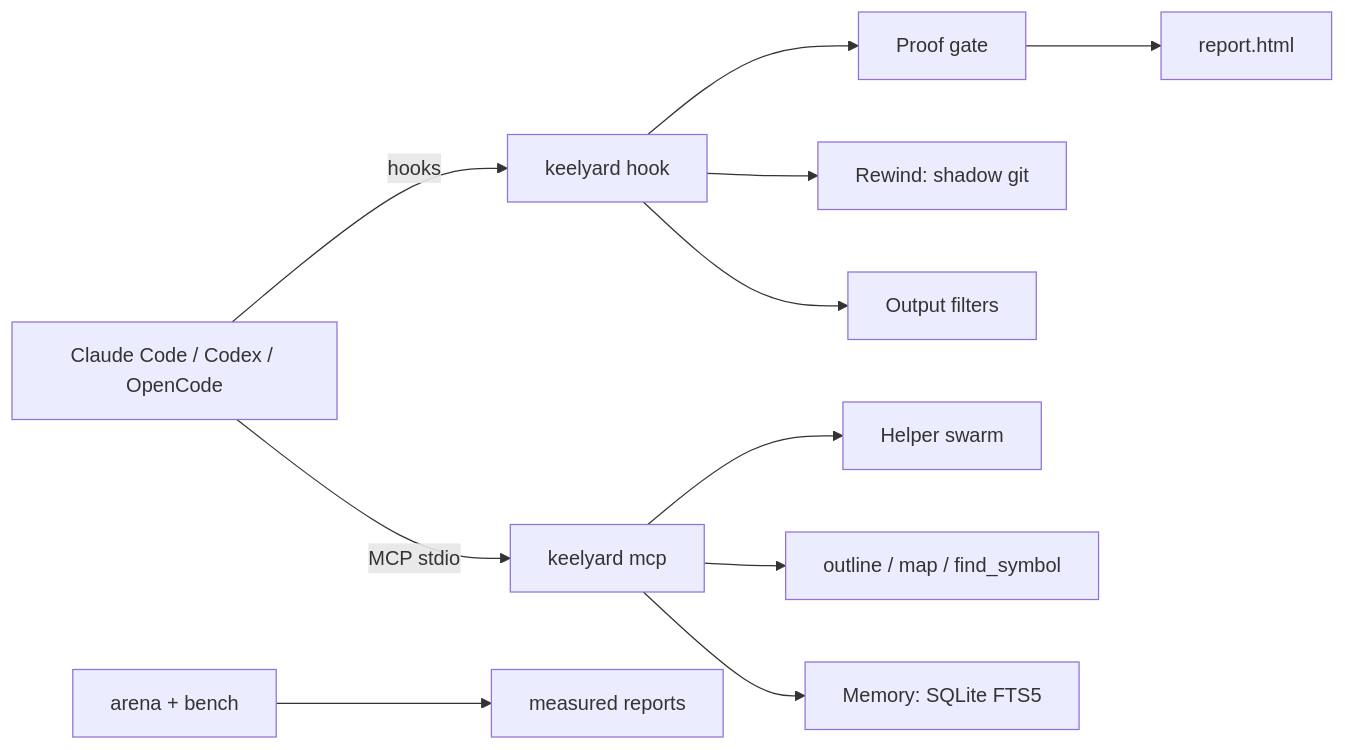
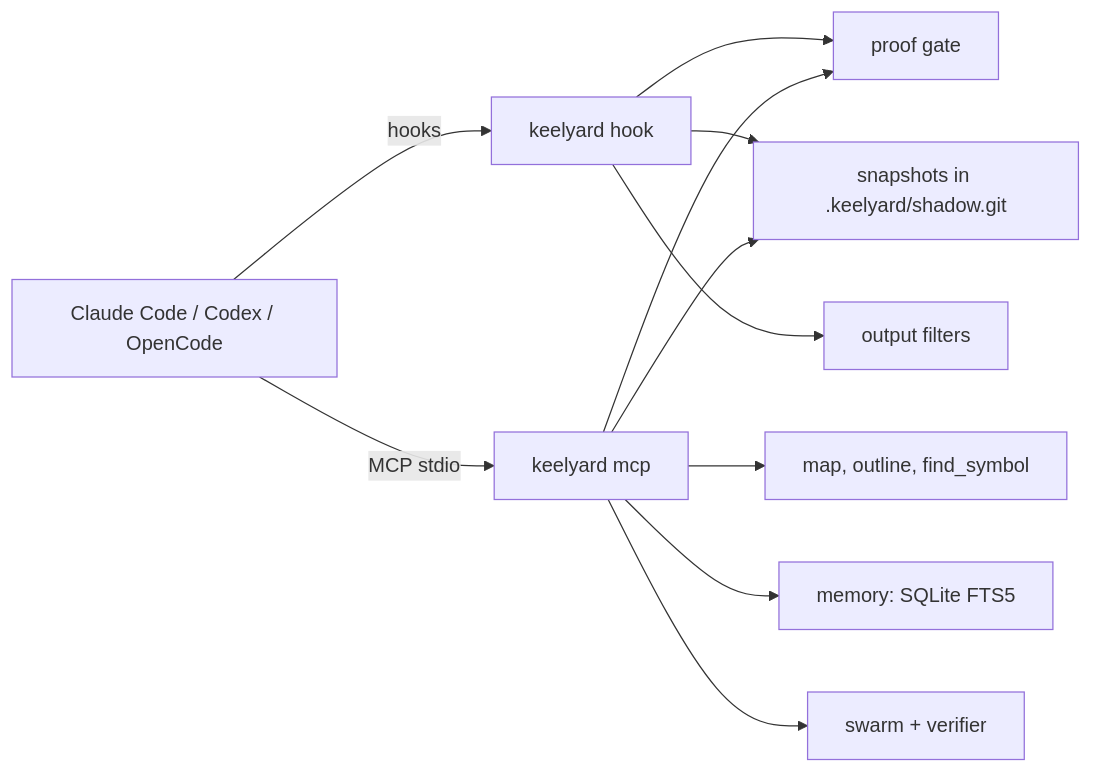
One commit to Enard52/keelyard changed the diagram in README.md. Above: the diagram before and after it, drawn with Mermaid. The commit also changed other lines of this file and 82 other files, not shown here.

Commit message:
Design overhaul: Geist reports, textual timeline, docs site, README; MCP errors carry hints; CI builds docs and runs selftest

````diff
--- a/README.md
+++ b/README.md
@@ -19,13 +86,13 @@
 ```mermaid
 flowchart LR
     A[Claude Code / Codex / OpenCode] -- hooks --> H[keelyard hook]
     A -- MCP stdio --> M[keelyard mcp]
-    H --> P[Proof gate]
-    H --> R[Rewind: shadow git]
-    H --> F[Output filters]
-    M --> S[Helper swarm]
-    M --> C[outline / map / find_symbol]
-    M --> Mem[Memory: SQLite FTS5]
-    P --> Rep[report.html]
-    Bench[arena + bench] --> Res[measured reports]
+    H --> P[proof gate]
+    H --> R[snapshots in .keelyard/shadow.git]
+    H --> F[output filters]
+    M --> P
+    M --> R
+    M --> C[map, outline, find_symbol]
+    M --> Mem[memory: SQLite FTS5]
+    M --> S[swarm + verifier]
 ```
````
